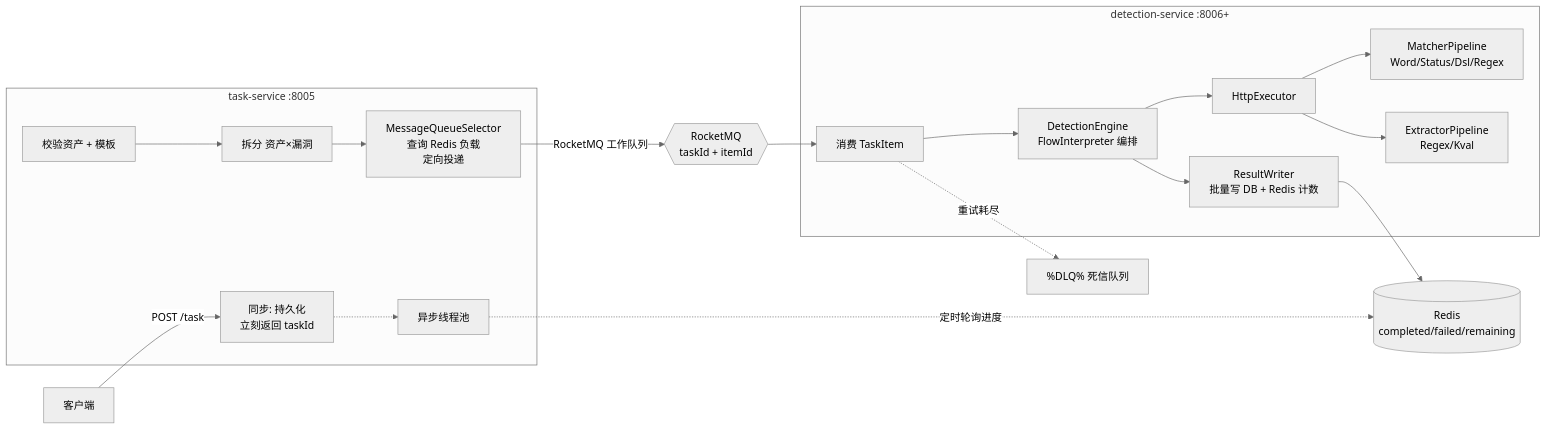
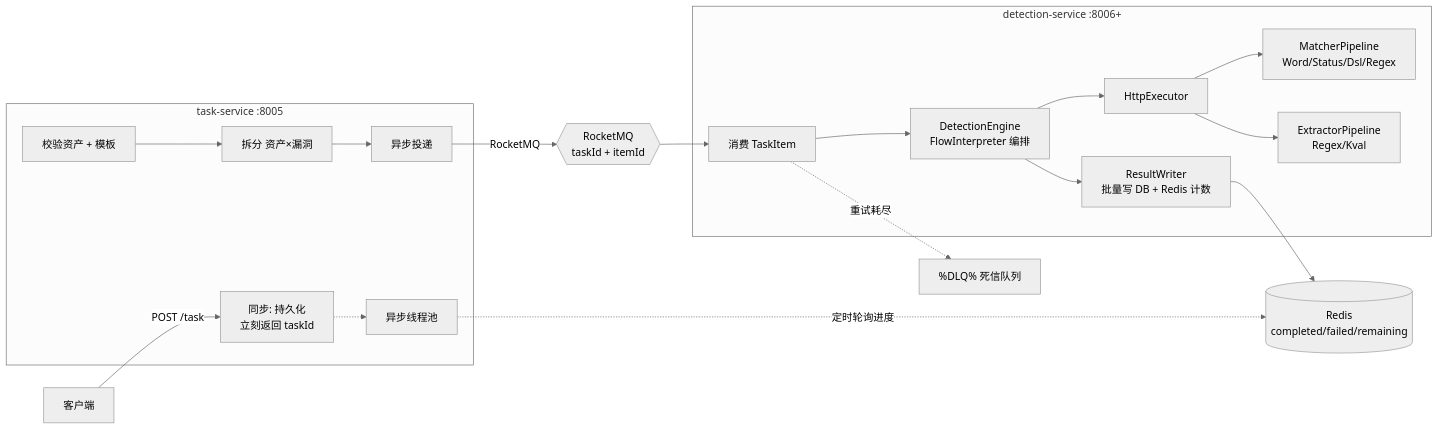
One commit to spojchil/hawkeye-cloud changed the fourth of 4 diagrams in docs/架构设计.md. Above: the diagram before and after it, drawn with Mermaid (neutral theme). The commit also changed other lines of this file and 128 other files, not shown here.

````diff
--- a/docs/架构设计.md
+++ b/docs/架构设计.md
@@ -130,36 +130,36 @@
 ```mermaid
 graph LR
     Client[客户端] -->|POST /task| TaskAPI
 
     subgraph Task ["task-service :8005"]
         TaskAPI[同步: 持久化<br/>立刻返回 taskId]
         TaskAPI -.-> ThreadPool[异步线程池]
         Validate[校验资产 + 模板]
         Split[拆分 资产×漏洞]
-        Selector[MessageQueueSelector<br/>查询 Redis 负载<br/>定向投递]
-        Validate --> Split --> Selector
+        Dispatch[异步投递]
+        Validate --> Split --> Dispatch
     end
 
-    Selector -->|RocketMQ 工作队列| RMQ{{RocketMQ<br/>taskId + itemId}}
+    Dispatch -->|RocketMQ| RMQ{{RocketMQ<br/>taskId + itemId}}
 
     subgraph Detection ["detection-service :8006+"]
         Consumer[消费 TaskItem]
         Engine[DetectionEngine<br/>FlowInterpreter 编排]
         Http[HttpExecutor]
         Match[MatcherPipeline<br/>Word/Status/Dsl/Regex]
         Extract[ExtractorPipeline<br/>Regex/Kval]
         Writer[ResultWriter<br/>批量写 DB + Redis 计数]
         Consumer --> Engine
         Engine --> Http
         Http --> Match
         Http --> Extract
         Engine --> Writer
     end
 
     RMQ --> Consumer
     
     Writer --> Redis[(Redis<br/>completed/failed/remaining)]
     ThreadPool -.->|定时轮询进度| Redis
 
     Consumer -.->|重试耗尽| DLQ[%DLQ% 死信队列]
 ```
````
